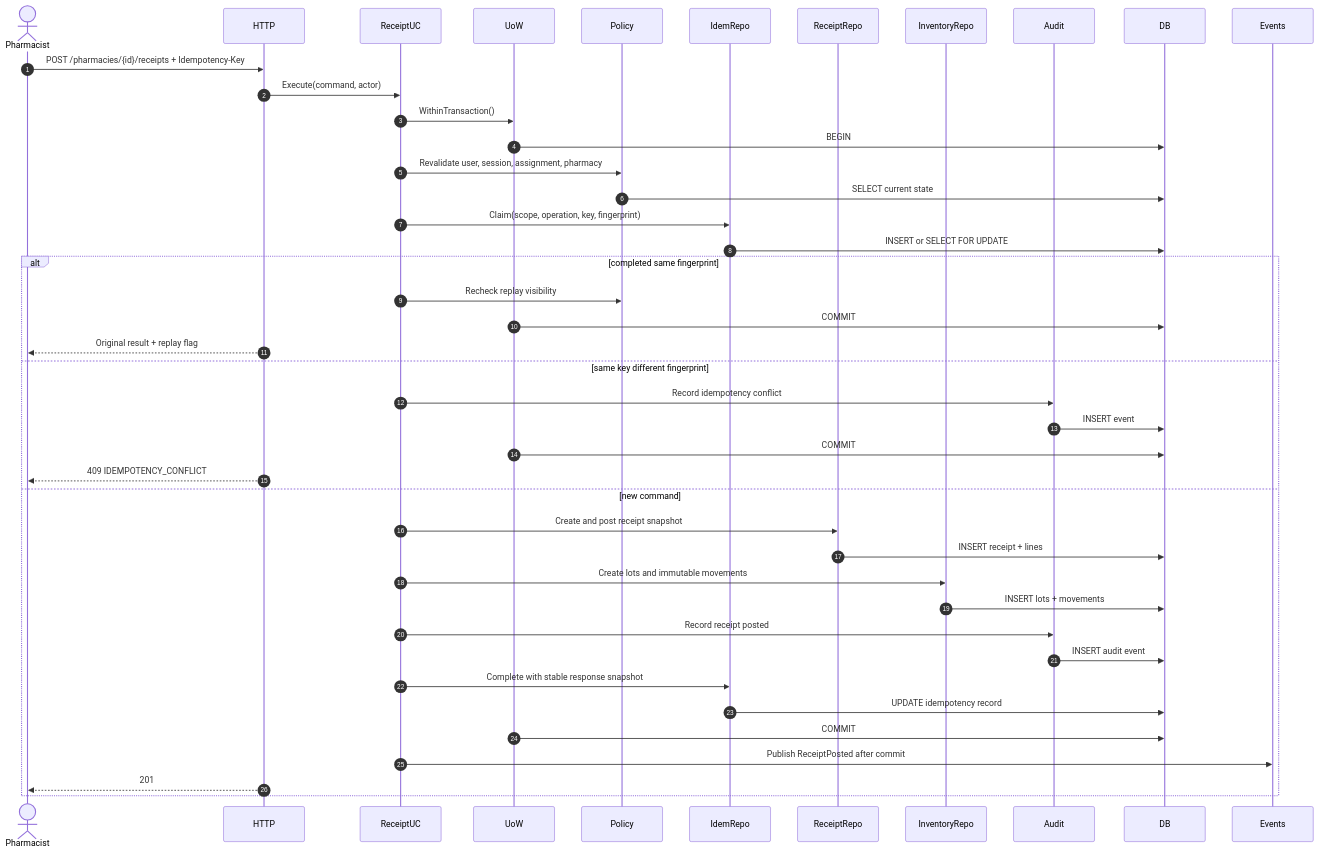
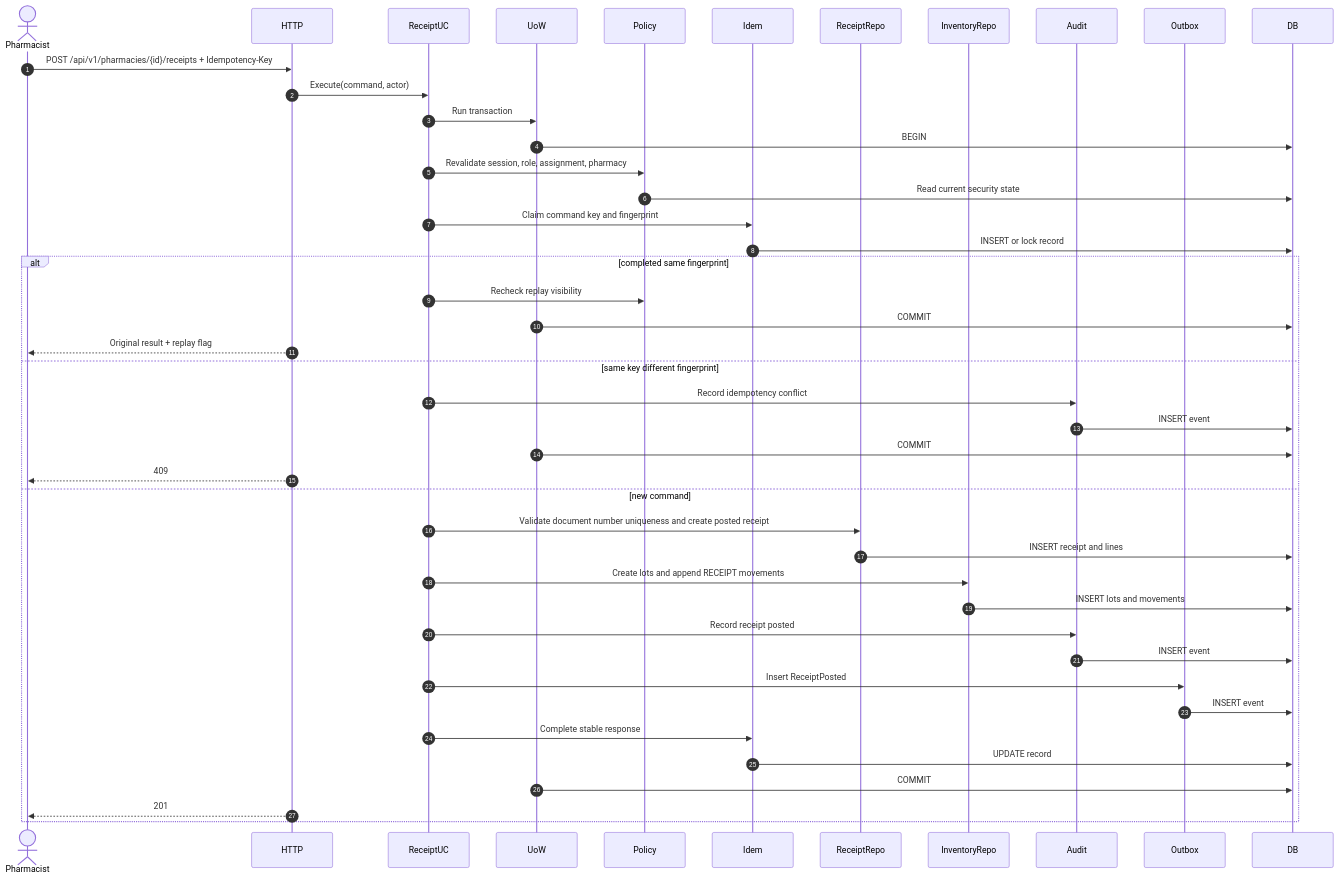
The eighth of 19 diagrams in docs/10-sequence-diagrams.md (GulovM/PharmacyCRM), drawn with Mermaid before and after one commit. The commit also changed other lines of this file, not shown here.

Commit message:
Harden critical sequence and transaction protocols

````diff
--- a/docs/10-sequence-diagrams.md
+++ b/docs/10-sequence-diagrams.md
@@ -227,46 +371,47 @@
 ```mermaid
 sequenceDiagram
     autonumber
     actor Pharmacist
     participant HTTP
     participant ReceiptUC
     participant UoW
     participant Policy
-    participant IdemRepo
+    participant Idem
     participant ReceiptRepo
     participant InventoryRepo
     participant Audit
+    participant Outbox
     participant DB
-    participant Events
 
-    Pharmacist->>HTTP: POST /pharmacies/{id}/receipts + Idempotency-Key
+    Pharmacist->>HTTP: POST /api/v1/pharmacies/{id}/receipts + Idempotency-Key
     HTTP->>ReceiptUC: Execute(command, actor)
-    ReceiptUC->>UoW: WithinTransaction()
+    ReceiptUC->>UoW: Run transaction
     UoW->>DB: BEGIN
-    ReceiptUC->>Policy: Revalidate user, session, assignment, pharmacy
-    Policy->>DB: SELECT current state
-    ReceiptUC->>IdemRepo: Claim(scope, operation, key, fingerprint)
-    IdemRepo->>DB: INSERT or SELECT FOR UPDATE
+    ReceiptUC->>Policy: Revalidate session, role, assignment, pharmacy
+    Policy->>DB: Read current security state
+    ReceiptUC->>Idem: Claim command key and fingerprint
+    Idem->>DB: INSERT or lock record
     alt completed same fingerprint
         ReceiptUC->>Policy: Recheck replay visibility
         UoW->>DB: COMMIT
         HTTP-->>Pharmacist: Original result + replay flag
     else same key different fingerprint
         ReceiptUC->>Audit: Record idempotency conflict
         Audit->>DB: INSERT event
         UoW->>DB: COMMIT
-        HTTP-->>Pharmacist: 409 IDEMPOTENCY_CONFLICT
+        HTTP-->>Pharmacist: 409
     else new command
-        ReceiptUC->>ReceiptRepo: Create and post receipt snapshot
-        ReceiptRepo->>DB: INSERT receipt + lines
-        ReceiptUC->>InventoryRepo: Create lots and immutable movements
-        InventoryRepo->>DB: INSERT lots + movements
+        ReceiptUC->>ReceiptRepo: Validate document number uniqueness and create posted receipt
+        ReceiptRepo->>DB: INSERT receipt and lines
+        ReceiptUC->>InventoryRepo: Create lots and append RECEIPT movements
+        InventoryRepo->>DB: INSERT lots and movements
         ReceiptUC->>Audit: Record receipt posted
-        Audit->>DB: INSERT audit event
-        ReceiptUC->>IdemRepo: Complete with stable response snapshot
-        IdemRepo->>DB: UPDATE idempotency record
+        Audit->>DB: INSERT event
+        ReceiptUC->>Outbox: Insert ReceiptPosted
+        Outbox->>DB: INSERT event
+        ReceiptUC->>Idem: Complete stable response
+        Idem->>DB: UPDATE record
         UoW->>DB: COMMIT
-        ReceiptUC->>Events: Publish ReceiptPosted after commit
         HTTP-->>Pharmacist: 201
     end
 ```
````
